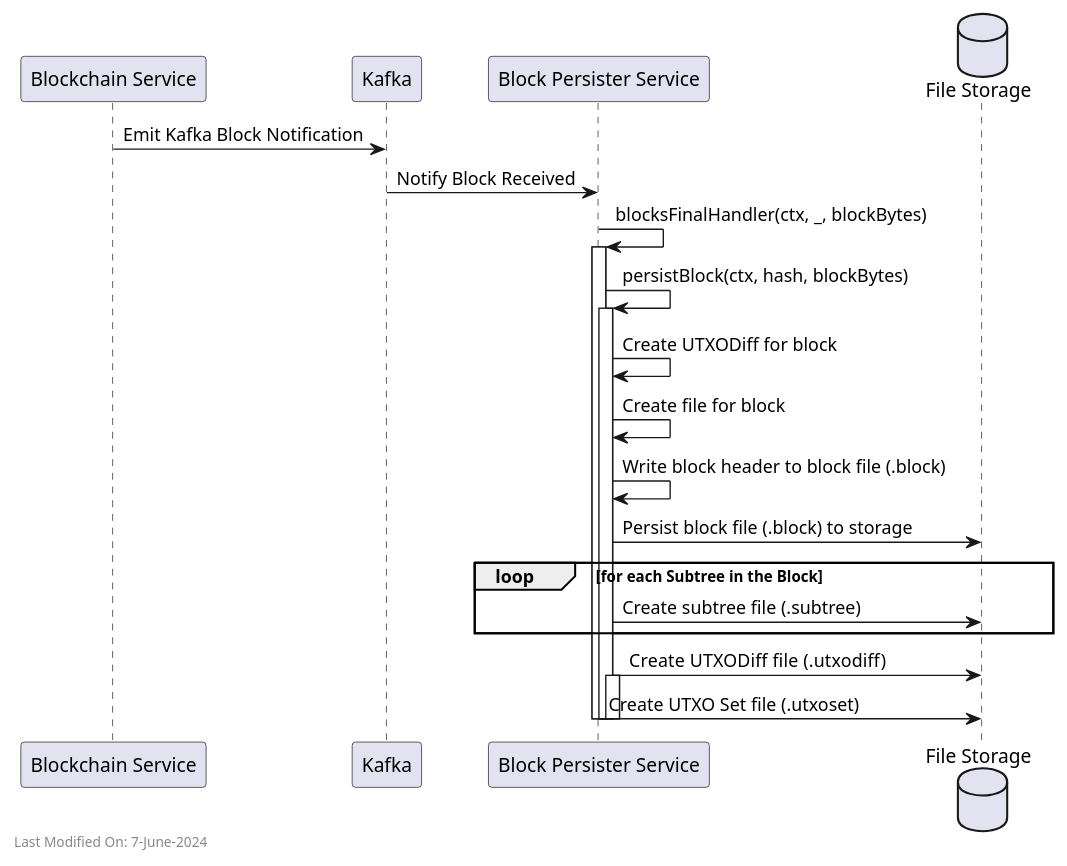
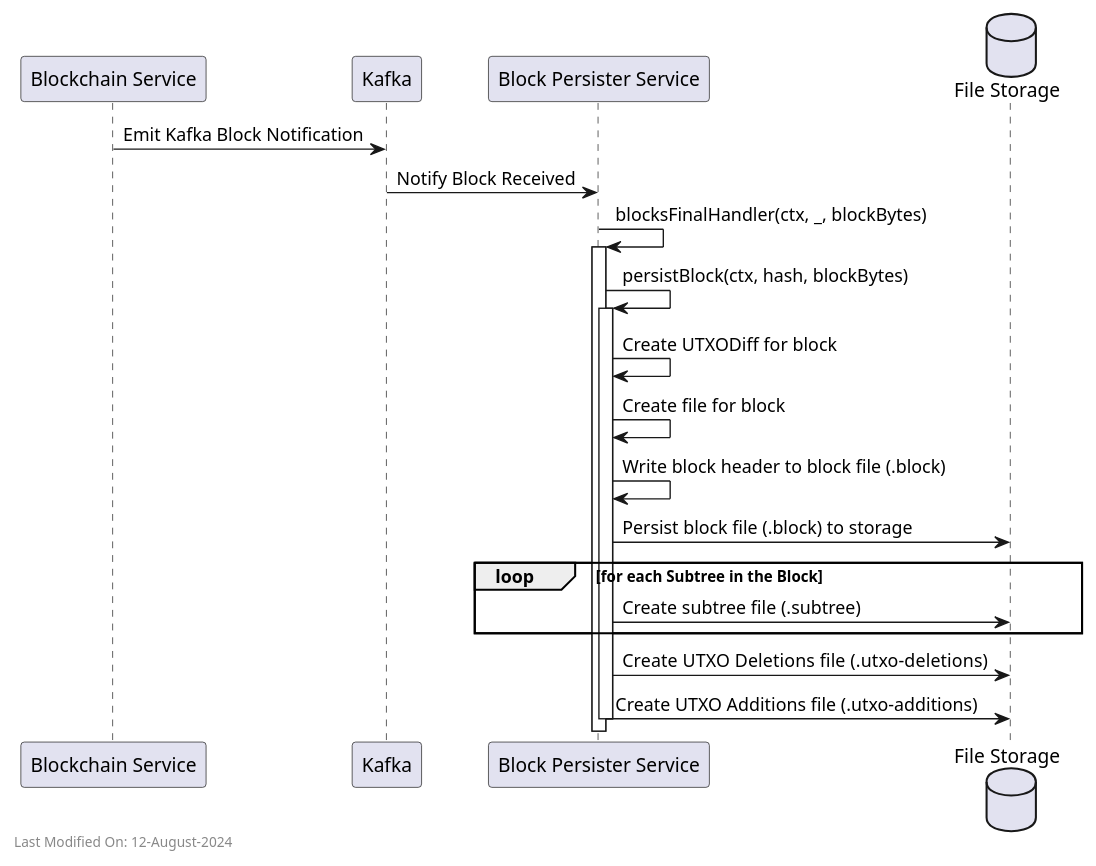
One commit to freemans13/teranode changed the diagram in docs/services/img/plantuml/blockpersister/block_persister_receive_new_blocks.puml. Above: the diagram before and after it, drawn with PlantUML. The commit also changed 4 other files, not shown here.

Commit message:
Documentation - Amendments to the Block Persister documentation, following recent changes.

```diff
--- a/docs/services/img/plantuml/blockpersister/block_persister_receive_new_blocks.puml
+++ b/docs/services/img/plantuml/blockpersister/block_persister_receive_new_blocks.puml
@@ -1,37 +1,34 @@
 @startuml
 participant "Blockchain Service" as Blockchain
 participant "Kafka" as Kafka
 participant "Block Persister Service" as BlockPersister
 database "File Storage" as FileStorage
 
 Blockchain -> Kafka: Emit Kafka Block Notification
 Kafka -> BlockPersister: Notify Block Received
 BlockPersister -> BlockPersister: blocksFinalHandler(ctx, _, blockBytes)
 activate BlockPersister
 BlockPersister -> BlockPersister: persistBlock(ctx, hash, blockBytes)
 activate BlockPersister
 BlockPersister -> BlockPersister: Create UTXODiff for block
 
 
 BlockPersister -> BlockPersister: Create file for block
 BlockPersister -> BlockPersister: Write block header to block file (.block)
 BlockPersister -> FileStorage: Persist block file (.block) to storage
 
 loop for each Subtree in the Block
     BlockPersister -> FileStorage: Create subtree file (.subtree)
 end
 
-BlockPersister -> FileStorage: Create UTXODiff file  (.utxodiff)
+BlockPersister -> FileStorage: Create UTXO Deletions file  (.utxo-deletions)
 
-activate BlockPersister
-BlockPersister -> FileStorage: Create UTXO Set file (.utxoset)
+BlockPersister -> FileStorage: Create UTXO Additions file (.utxo-additions)
 deactivate BlockPersister
 
 
-deactivate BlockPersister
-deactivate BlockPersister
 
 
-left footer Last Modified On: 7-June-2024
+left footer Last Modified On: 12-August-2024
 
 @enduml
```
